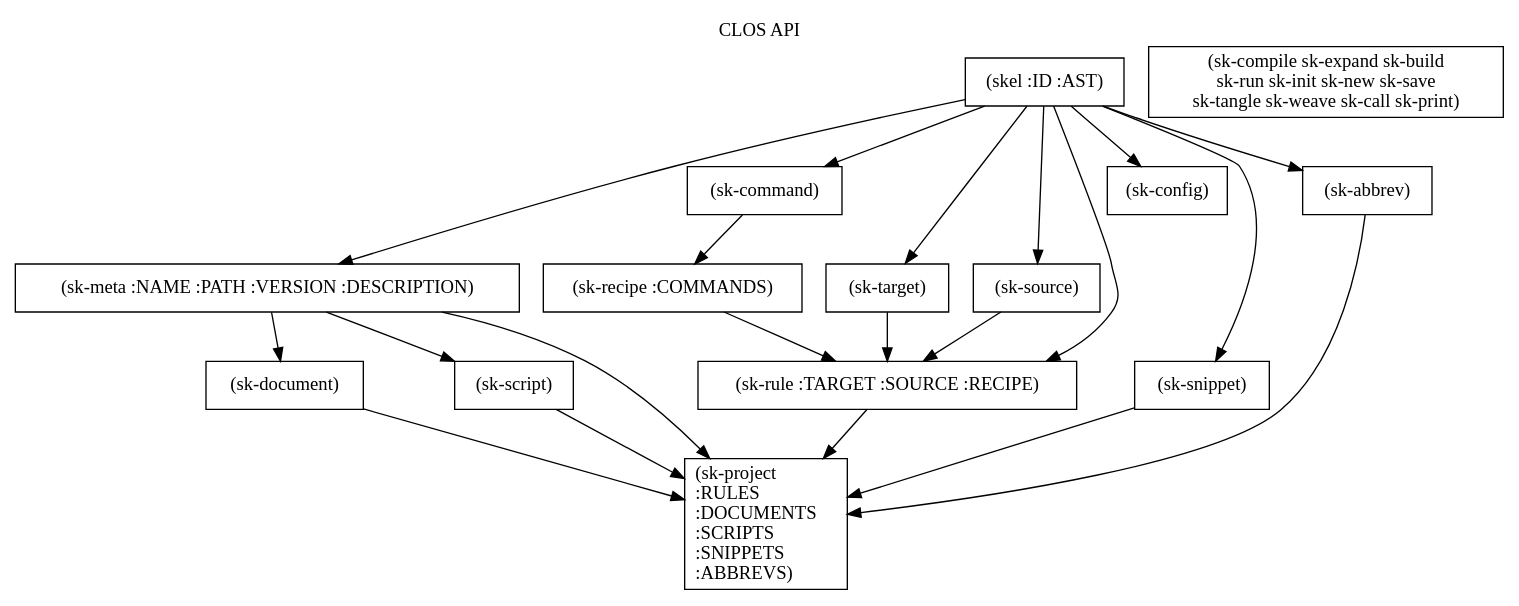
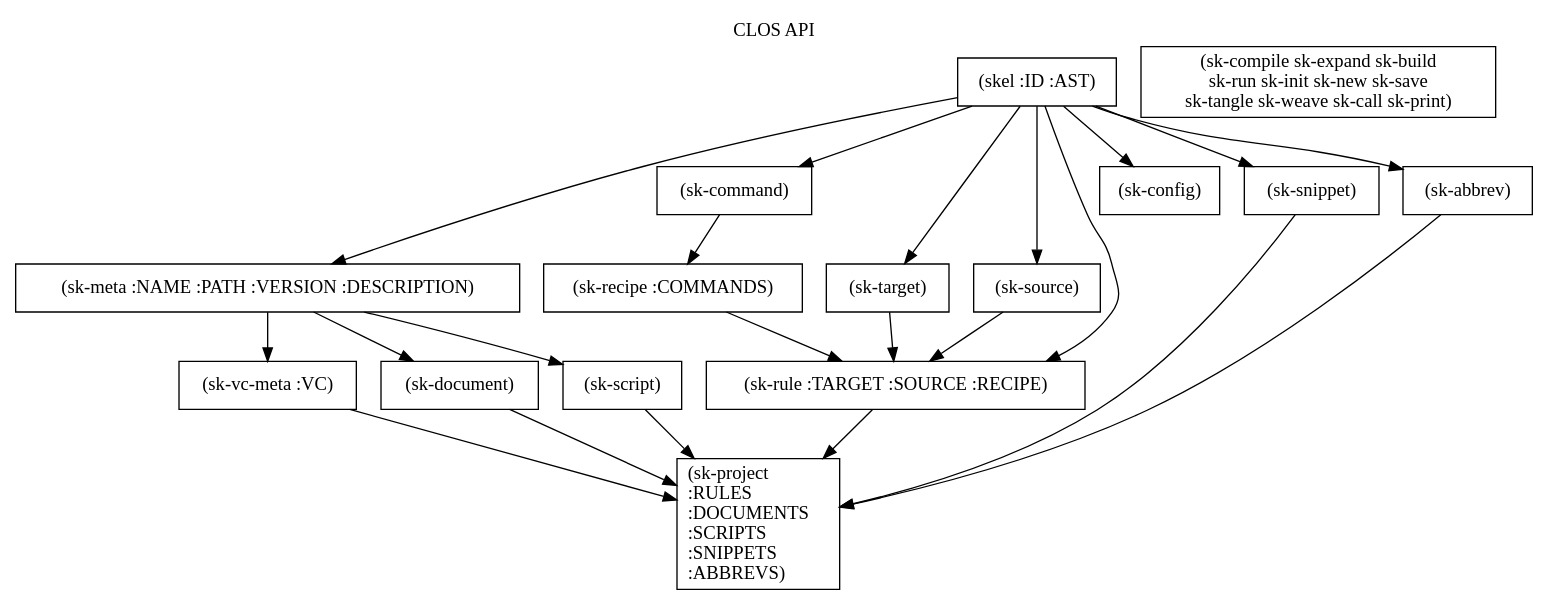
The diagram in readme.org (richardwesthaver/skel), drawn with Graphviz before and after one commit. The commit also changed 2 other files, not shown here.

Commit message:
fix meta inheritance

```diff
--- a/readme.org
+++ b/readme.org
@@ -99,38 +99,40 @@
 #+begin_src dot :file api.svg :exports results
   digraph { splines=true; label="CLOS API"; labelloc="t"; node [shape=record];
     sk [label="(skel :ID :AST)"]
     methods [label="(sk-compile sk-expand sk-build\nsk-run sk-init sk-new sk-save\nsk-tangle sk-weave sk-call sk-print)"]
     skmet [label="(sk-meta :NAME :PATH :VERSION :DESCRIPTION)"]
+    skvcs [label="(sk-vc-meta :VC)"]
     skcmd [label="(sk-command)"]
     sktar [label="(sk-target)"]
     sksrc [label="(sk-source)"]
     skrec [label="(sk-recipe :COMMANDS)"]
     skrul [label="(sk-rule :TARGET :SOURCE :RECIPE)"]
     skdoc [label="(sk-document)"]
     skscr [label="(sk-script)"]
     skcfg [label="(sk-config)"]
     sksni [label="(sk-snippet)"]    
     skabb [label="(sk-abbrev)"]
     skpro [label="(sk-project\l:RULES\l:DOCUMENTS\l:SCRIPTS\l:SNIPPETS\l:ABBREVS)\l"]
     sk -> skmet
+    skmet -> skvcs
     sk -> skcfg
     sk -> sksni
     sk -> skabb
     sk -> sktar
     sk -> skrul
     sk -> sksrc
     sk -> skcmd
-    skmet -> skpro
+    skvcs -> skpro
     skmet -> skdoc    
     skmet -> skscr    
     skrul -> skpro
     skscr -> skpro
     skdoc -> skpro
     sksni -> skpro
     skabb -> skpro
     sktar -> skrul
     sksrc -> skrul
     skrec -> skrul
     skcmd -> skrec
   }
 #+end_src
```
